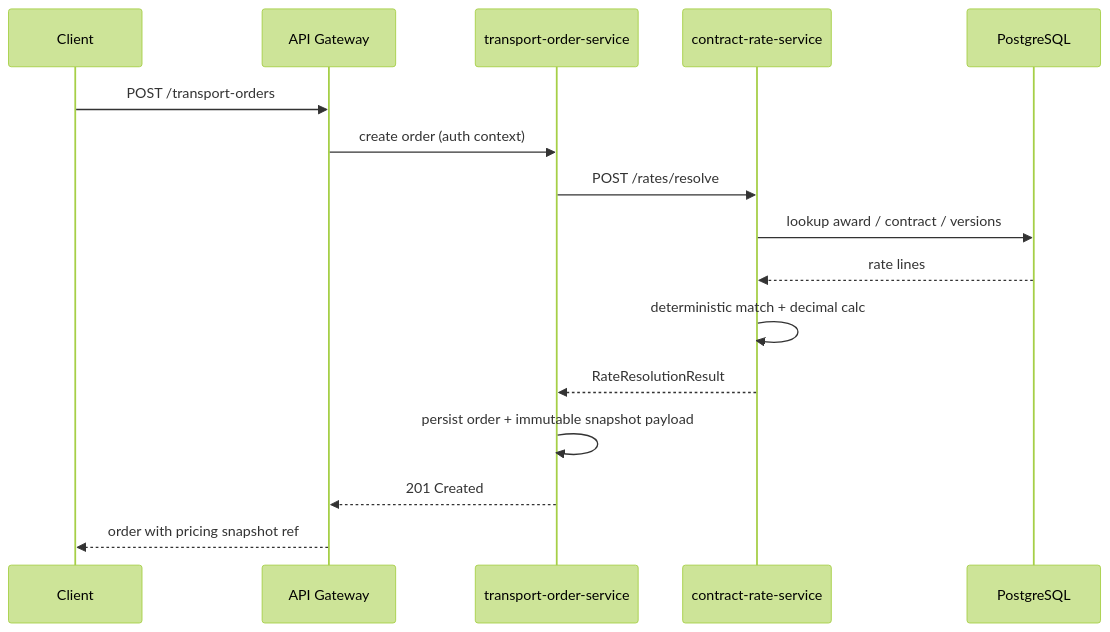
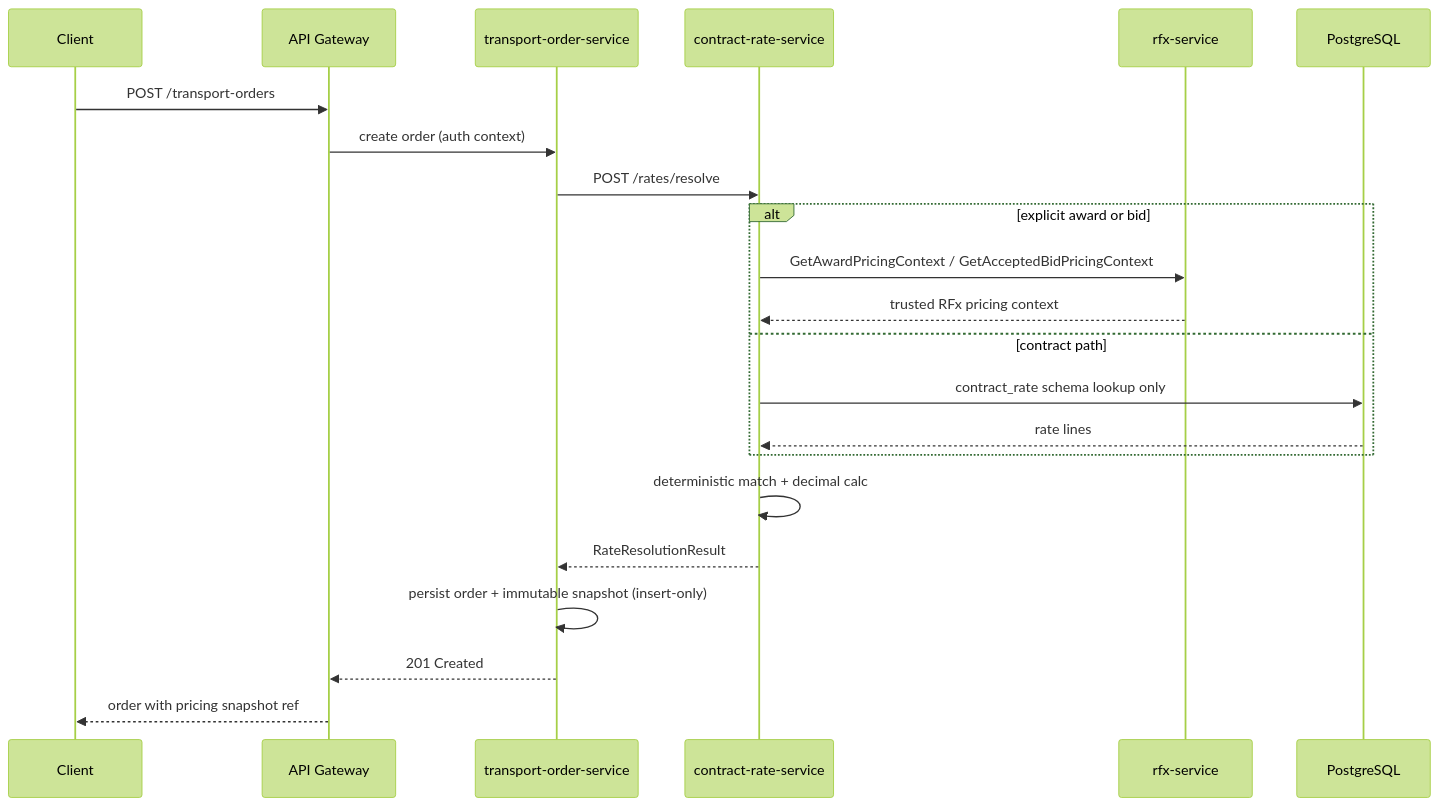
The sixth of 6 diagrams in docs/engineering/FREIGHT_CONTRACT_RATE_MANAGEMENT_v2.0_ARCHITECTURE.md (f9999737292-bit/Freihgt-platform), drawn with Mermaid (forest theme) before and after one commit. The commit also changed other lines of this file, not shown here.

First line of the commit message:
docs(rates): resolve v2.0 architecture consistency findings

````diff
--- a/docs/engineering/FREIGHT_CONTRACT_RATE_MANAGEMENT_v2.0_ARCHITECTURE.md
+++ b/docs/engineering/FREIGHT_CONTRACT_RATE_MANAGEMENT_v2.0_ARCHITECTURE.md
@@ -660,19 +702,25 @@
 ```mermaid
 sequenceDiagram
   participant Client
   participant GW as API Gateway
   participant TO as transport-order-service
   participant CR as contract-rate-service
+  participant RFx as rfx-service
   participant DB as PostgreSQL
 
   Client->>GW: POST /transport-orders
   GW->>TO: create order (auth context)
   TO->>CR: POST /rates/resolve
-  CR->>DB: lookup award / contract / versions
-  DB-->>CR: rate lines
+  alt explicit award or bid
+    CR->>RFx: GetAwardPricingContext / GetAcceptedBidPricingContext
+    RFx-->>CR: trusted RFx pricing context
+  else contract path
+    CR->>DB: contract_rate schema lookup only
+    DB-->>CR: rate lines
+  end
   CR->>CR: deterministic match + decimal calc
   CR-->>TO: RateResolutionResult
-  TO->>TO: persist order + immutable snapshot payload
+  TO->>TO: persist order + immutable snapshot (insert-only)
   TO-->>GW: 201 Created
   GW-->>Client: order with pricing snapshot ref
 ```
````
